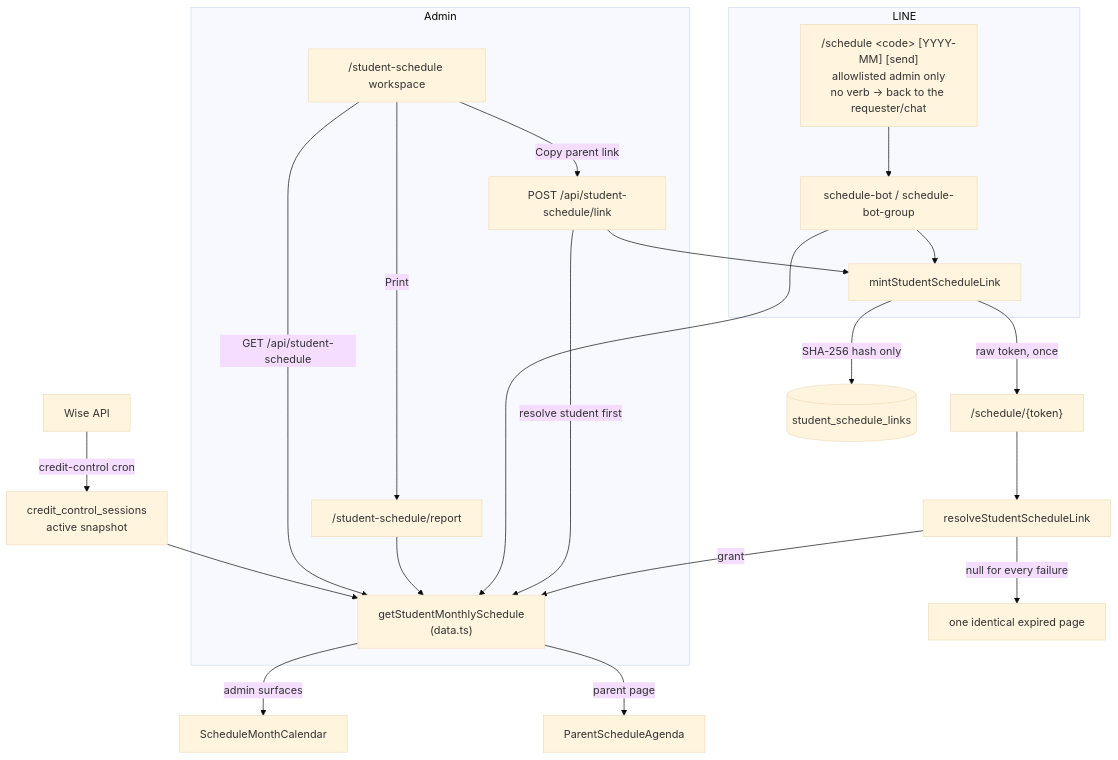
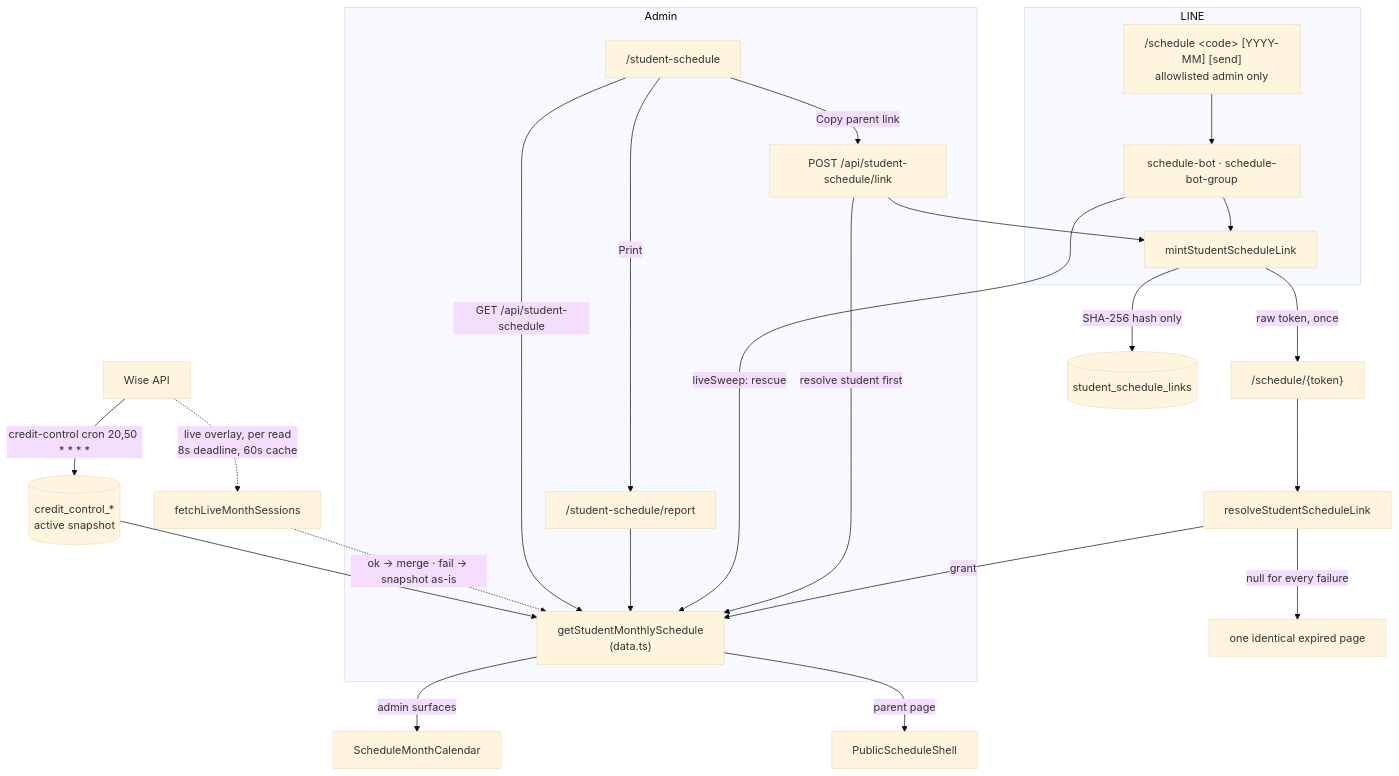
The diagram in docs/features/student-schedule.md (kasheesh711/bgscheduler), drawn with Mermaid (base theme) before and after one commit. The commit also changed other lines of this file and 95 other files, not shown here.

````diff
--- a/docs/features/student-schedule.md
+++ b/docs/features/student-schedule.md
@@ -261,28 +293,31 @@
 ```mermaid
 flowchart TD
-  W[Wise API] -->|credit-control cron| CC[credit_control_sessions<br/>active snapshot]
+  W[Wise API] -->|credit-control cron 20,50 * * * *| CC[(credit_control_* <br/>active snapshot)]
+  W -.->|live overlay, per read<br/>8s deadline, 60s cache| LV[fetchLiveMonthSessions]
+
   CC --> G["getStudentMonthlySchedule<br/>(data.ts)"]
+  LV -.->|ok → merge · fail → snapshot as-is| G
 
   subgraph Admin
-    A1["/student-schedule workspace"] -->|GET /api/student-schedule| G
+    A1["/student-schedule"] -->|GET /api/student-schedule| G
     A1 -->|Print| A2["/student-schedule/report"] --> G
     A1 -->|Copy parent link| L["POST /api/student-schedule/link"]
   end
 
   subgraph LINE
-    B["/schedule &lt;code&gt; [YYYY-MM] [send]<br/>allowlisted admin only<br/>no verb → back to the requester/chat"] --> BR[schedule-bot / schedule-bot-group]
-    BR --> G
+    B["/schedule &lt;code&gt; [YYYY-MM] [send]<br/>allowlisted admin only"] --> BR[schedule-bot · schedule-bot-group]
+    BR -->|liveSweep: rescue| G
     BR --> M
   end
 
   L -->|resolve student first| G
   L --> M[mintStudentScheduleLink]
   M -->|SHA-256 hash only| T[(student_schedule_links)]
   M -->|raw token, once| U["/schedule/{token}"]
 
   U --> R[resolveStudentScheduleLink]
   R -->|null for every failure| E[one identical expired page]
   R -->|grant| G
   G -->|admin surfaces| C[ScheduleMonthCalendar]
-  G -->|parent page| P[ParentScheduleAgenda]
+  G -->|parent page| P[PublicScheduleShell]
 ```
````
